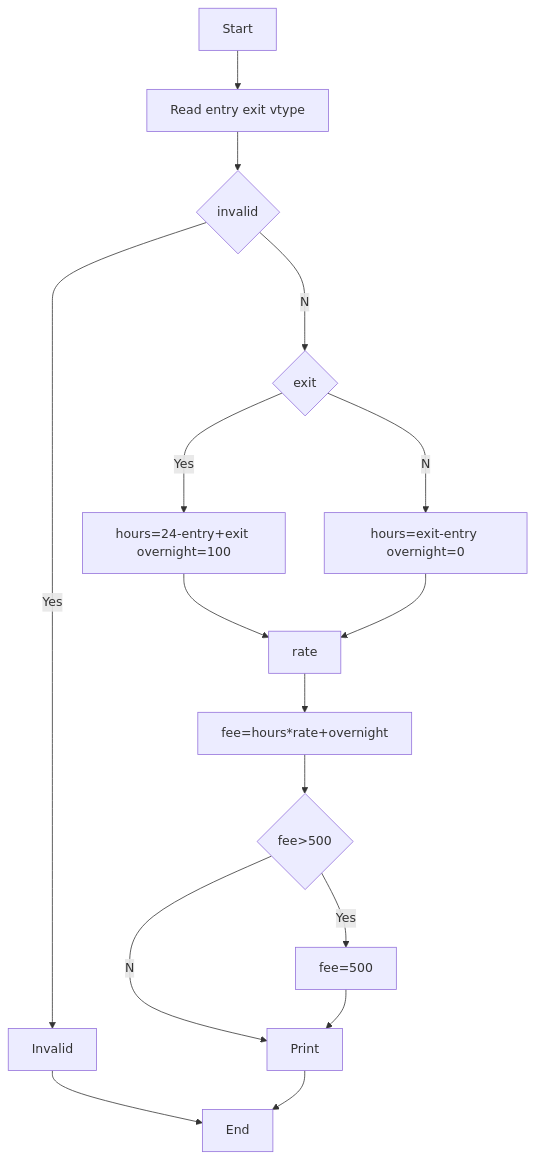
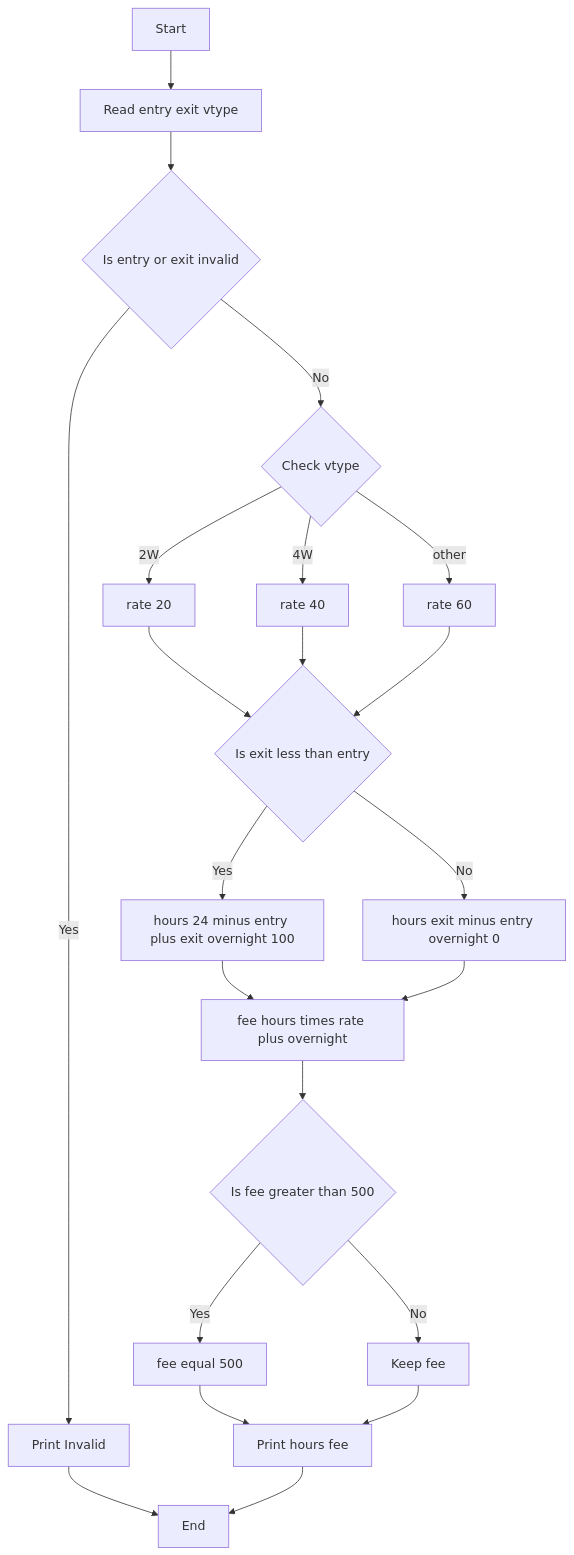
The diagram in task4/code.md (bhanusritirumala709-source/python-activity-Based-learning), drawn with Mermaid before and after one commit. The commit also changed other lines of this file, not shown here.

````diff
--- a/task4/code.md
+++ b/task4/code.md
@@ -6,18 +33,24 @@
 ```mermaid
 flowchart TD
-    A[Start]-->B[Read entry exit vtype]
-    B-->C{invalid}
-    C--Yes-->D[Invalid]
-    D-->Z[End]
-    C--No-->E{exit<entry}
-    E--Yes-->F[hours=24-entry+exit overnight=100]
-    E--No-->G[hours=exit-entry overnight=0]
-    F-->H[rate]
-    G-->H
-    H-->I[fee=hours*rate+overnight]
-    I-->J{fee>500}
-    J--Yes-->K[fee=500]
-    J--No-->L[Print]
-    K-->L
-    L-->Z
+    A[Start] --> B[Read entry exit vtype]
+    B --> C{Is entry or exit invalid}
+    C -- Yes --> D[Print Invalid]
+    C -- No --> E{Check vtype}
+    E -- 2W --> F[rate 20]
+    E -- 4W --> G[rate 40]
+    E -- other --> H[rate 60]
+    F --> I{Is exit less than entry}
+    G --> I
+    H --> I
+    I -- Yes --> J[hours 24 minus entry plus exit overnight 100]
+    I -- No --> K[hours exit minus entry overnight 0]
+    J --> L[fee hours times rate plus overnight]
+    K --> L
+    L --> M{Is fee greater than 500}
+    M -- Yes --> N[fee equal 500]
+    M -- No --> O[Keep fee]
+    N --> P[Print hours fee]
+    O --> P
+    D --> Q[End]
+    P --> Q
 ```
````
